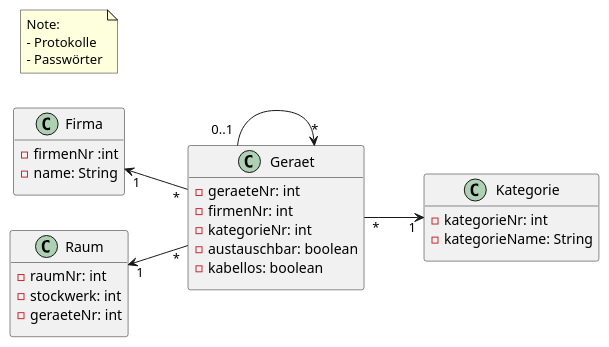
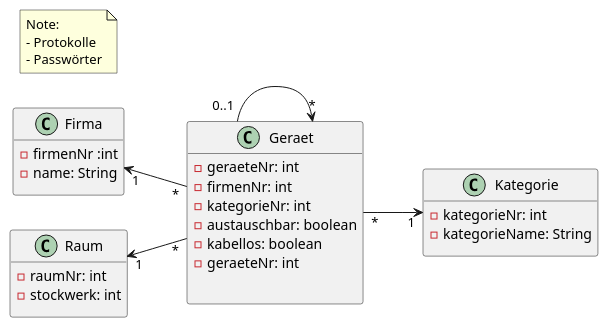
Before and after one commit to 2122-3bhitm-itp/02-project-diagramm-generator: the diagram in asciidocs/plantuml/erd.puml, drawn with PlantUML.

```diff
--- a/asciidocs/plantuml/erd.puml
+++ b/asciidocs/plantuml/erd.puml
@@ -1,67 +1,68 @@
 @startuml
 'https://plantuml.com/class-diagram
 left to right direction
 class Firma {
 - firmenNr :int
 - name: String
 ||
 }
 class Raum {
  - raumNr: int
  - stockwerk: int
- -  geraeteNr: int
  ||
 }
 class Geraet {
  - geraeteNr: int
  - firmenNr: int
  - kategorieNr: int
  - austauschbar: boolean
  - kabellos: boolean
+ -  geraeteNr: int
+
 ||
 }
 class Kategorie {
  - kategorieNr: int
  - kategorieName: String
 ||
 }
 /'class Termin {
     - terminNr: int
     - datum: Date
 ||
 }
 
 class Wartung {
     - wartungsNr: int
    - terminNr : int
    - feuerloescherNr: int
    ||
 }
 
 class Benachrichtigung {
   - id:int
   - nachricht: String
   - typ: String
   ||
 }'/
 
 'Device "*" --  "*" Termin
 
 '(Device,Termin) .. Wartung
 
 Raum "1" <-- "*" Geraet
 
 Firma "1" <-- "*" Geraet
 
 Geraet "0..1" --> "*" Geraet
 
 Geraet "*" --> "1" Kategorie
 
 note as kommentar
 Note:
 - Protokolle
 - Passwörter
 end note
 
 
 @enduml
```
